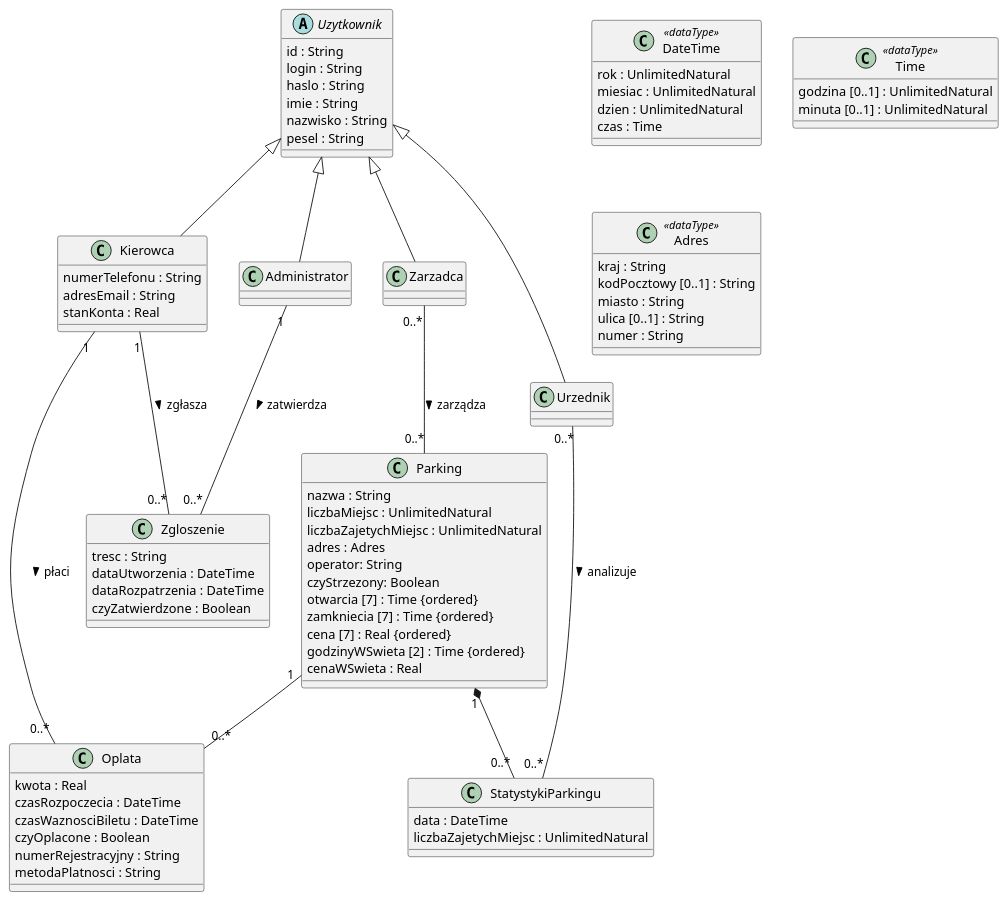
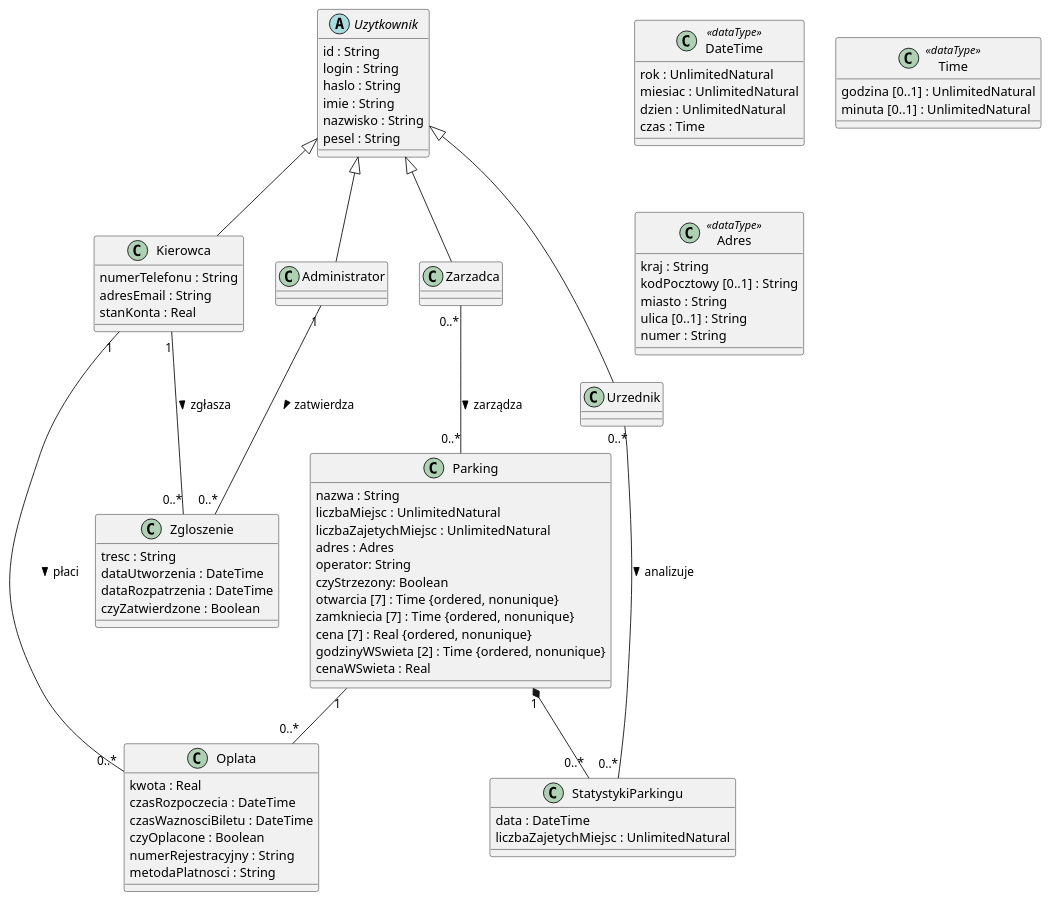
Before and after one commit to StanislawPodr/studia: the diagram in cwiczenia/pioSem4/diagramKlas.puml, drawn with PlantUML.

Commit message:
Dodanie nonunique do kolekcji

```diff
--- a/cwiczenia/pioSem4/diagramKlas.puml
+++ b/cwiczenia/pioSem4/diagramKlas.puml
@@ -1,100 +1,100 @@
 @startuml diagramKlasParkingAplikacja
 
 class DateTime <<dataType>> {
   rok : UnlimitedNatural
   miesiac : UnlimitedNatural
   dzien : UnlimitedNatural
   czas : Time
 }
 
 class Time <<dataType>> {
   godzina [0..1] : UnlimitedNatural
   minuta [0..1] : UnlimitedNatural
 }
 
 abstract class Uzytkownik {
   id : String
   login : String
   haslo : String
   imie : String
   nazwisko : String
   pesel : String
 }
 
 class Kierowca {
   numerTelefonu : String
   adresEmail : String
   stanKonta : Real
 }
 
 class Administrator {
 }
 
 class Urzednik {
 }
 
 class Zarzadca {
 }
 
 class Oplata {
   kwota : Real
   czasRozpoczecia : DateTime
   czasWaznosciBiletu : DateTime
   czyOplacone : Boolean
   numerRejestracyjny : String
   metodaPlatnosci : String
 }
 
 class Zgloszenie {
   tresc : String
   dataUtworzenia : DateTime
   dataRozpatrzenia : DateTime
   czyZatwierdzone : Boolean
 }
 
 class Parking {
   nazwa : String
   liczbaMiejsc : UnlimitedNatural
   liczbaZajetychMiejsc : UnlimitedNatural
   adres : Adres
   operator: String
   czyStrzezony: Boolean
-  otwarcia [7] : Time {ordered}
-  zamkniecia [7] : Time {ordered}
-  cena [7] : Real {ordered}
-  godzinyWSwieta [2] : Time {ordered}
+  otwarcia [7] : Time {ordered, nonunique}
+  zamkniecia [7] : Time {ordered, nonunique}
+  cena [7] : Real {ordered, nonunique}
+  godzinyWSwieta [2] : Time {ordered, nonunique}
   cenaWSwieta : Real
 }
 
 class StatystykiParkingu {
   data : DateTime
   liczbaZajetychMiejsc : UnlimitedNatural
 }
 
 class Adres <<dataType>> {
   kraj : String
   kodPocztowy [0..1] : String
   miasto : String
   ulica [0..1] : String
   numer : String
 }
 
 
 Kierowca -up-|> Uzytkownik
 Administrator -up-|> Uzytkownik
 Urzednik -up-|> Uzytkownik
 Zarzadca -up-|> Uzytkownik
 
 Kierowca "1" -- "0..*" Oplata : płaci >
 Kierowca "1" -- "0..*" Zgloszenie : zgłasza >
 
 Administrator "1" -- "0..*" Zgloszenie : zatwierdza >
 
 Urzednik "0..*" -- "0..*" StatystykiParkingu : analizuje >
 
 Zarzadca "0..*" -- "0..*" Parking : zarządza >
 
 Parking "1" *-- "0..*" StatystykiParkingu
 Parking "1" -- "0..*" Oplata
 
 @enduml
```
